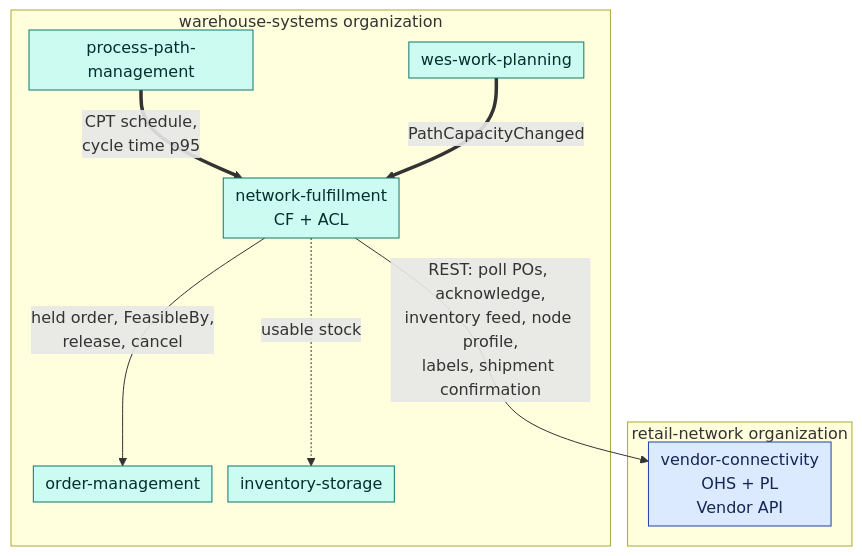
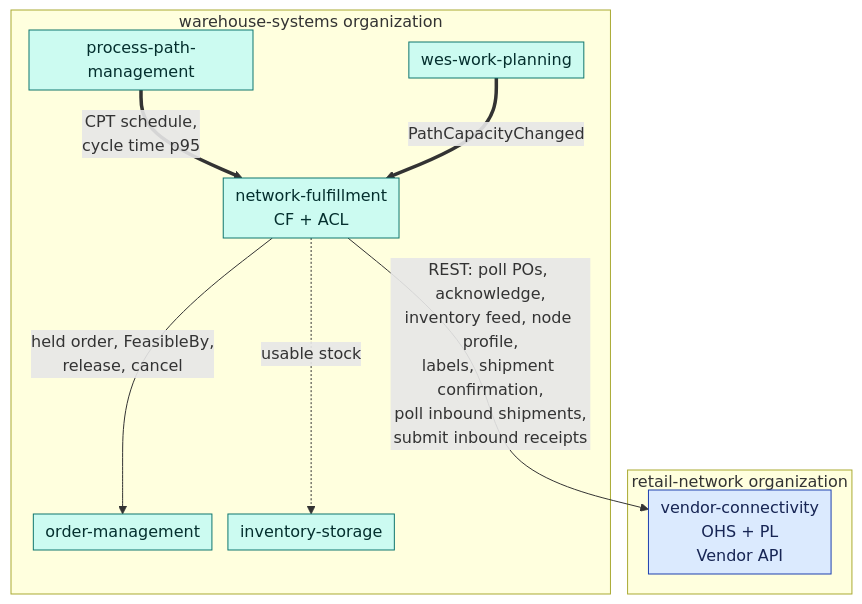
Before and after one commit to IQVO/warehouse-docs: the first of 5 diagrams in network/docs/strategic-design/context-map.md, drawn with Mermaid. The commit also changed other lines of this file and 125 other files, not shown here.

````diff
--- a/network/docs/strategic-design/context-map.md
+++ b/network/docs/strategic-design/context-map.md
@@ -30,22 +30,22 @@
 ```mermaid
 %%{init: {"flowchart": {"nodeSpacing": 16, "rankSpacing": 40, "padding": 6}}}%%
 flowchart TB
     classDef sup fill:#dbeafe,stroke:#1e40af,color:#172554
     classDef ext fill:#ffe3e3,stroke:#c92a2a,color:#000
     classDef fleet fill:#ccfbf1,stroke:#0f766e,color:#042f2e
     subgraph RN["retail-network organization"]
         VC["vendor-connectivity<br/>OHS + PL<br/>Vendor API"]:::sup
     end
     subgraph WS["warehouse-systems organization"]
         NF["network-fulfillment<br/>CF + ACL"]:::fleet
         OM["order-management"]:::fleet
         PPM["process-path-management"]:::fleet
         WWP["wes-work-planning"]:::fleet
         INV["inventory-storage"]:::fleet
     end
-    NF -->|"REST: poll POs, acknowledge,<br/>inventory feed, node profile,<br/>labels, shipment confirmation"| VC
+    NF -->|"REST: poll POs, acknowledge,<br/>inventory feed, node profile,<br/>labels, shipment confirmation,<br/>poll inbound shipments,<br/>submit inbound receipts"| VC
     NF -->|"held order, FeasibleBy,<br/>release, cancel"| OM
     PPM ==>|"CPT schedule,<br/>cycle time p95"| NF
     WWP ==>|"PathCapacityChanged"| NF
     NF -.->|"usable stock"| INV
 ```
````
